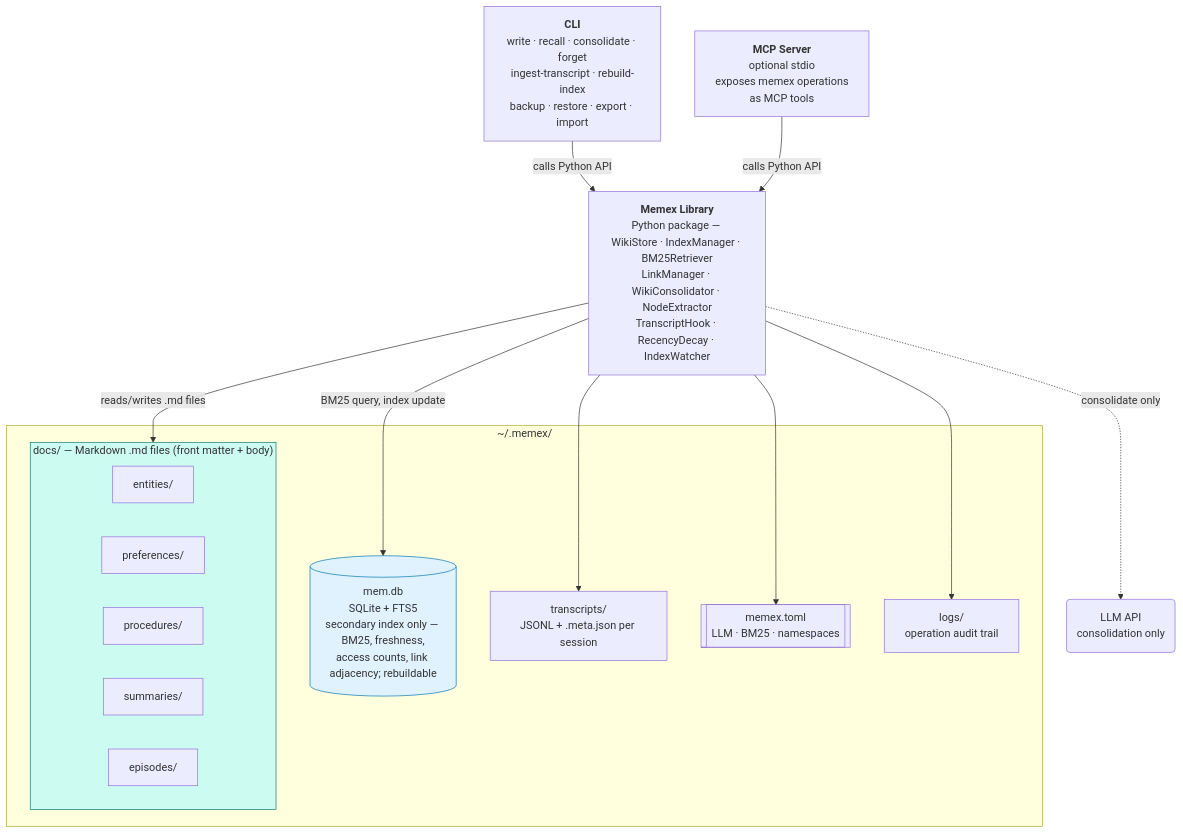
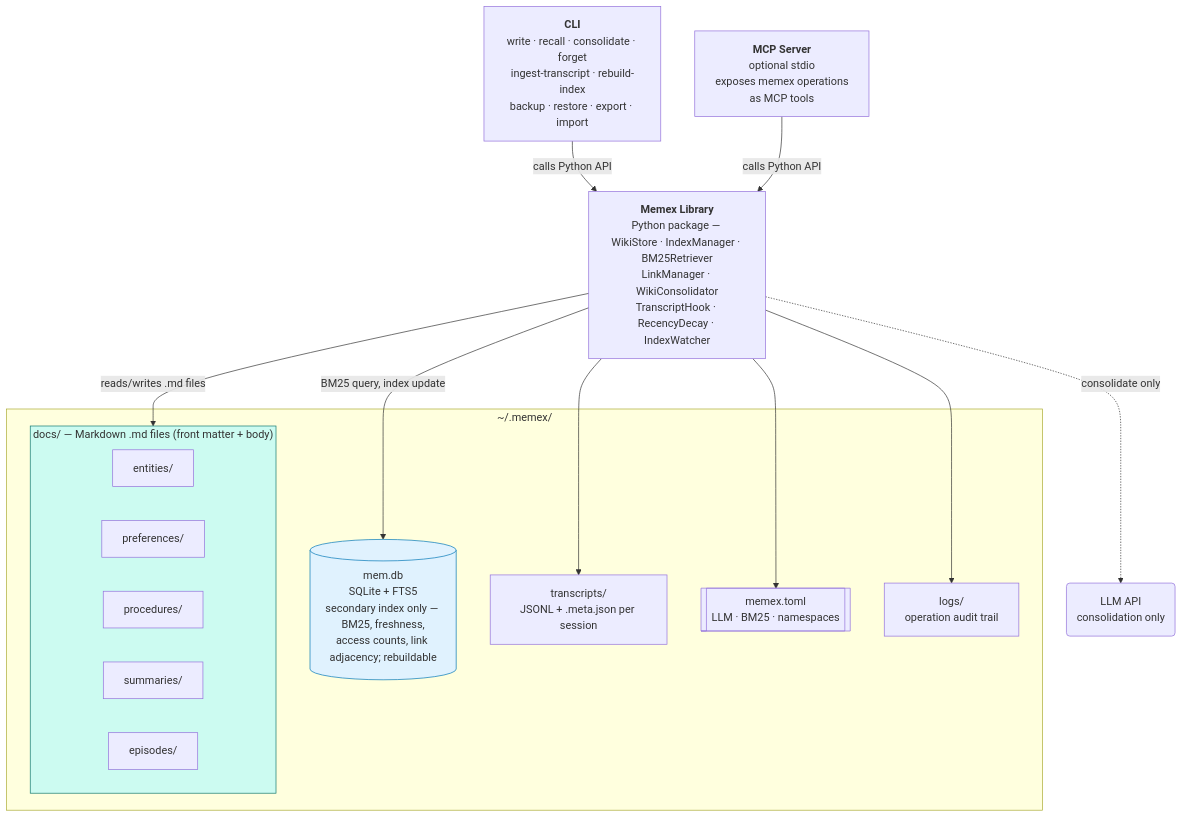
One commit to agent-memory-atlas-archive/phanijapps--memex changed the second of 4 diagrams in docs/gitpages/spec.md. Above: the diagram before and after it, drawn with Mermaid. The commit also changed other lines of this file and 99 other files, not shown here.

````diff
--- a/docs/gitpages/spec.md
+++ b/docs/gitpages/spec.md
@@ -162,36 +162,36 @@
 ```mermaid
 flowchart TB
-    lib["<b>Memex Library</b><br>Python package — WikiStore · IndexManager · BM25Retriever<br>LinkManager · WikiConsolidator · NodeExtractor<br>TranscriptHook · RecencyDecay · IndexWatcher"]
+    lib["<b>Memex Library</b><br>Python package — WikiStore · IndexManager · BM25Retriever<br>LinkManager · WikiConsolidator<br>TranscriptHook · RecencyDecay · IndexWatcher"]
     cli["<b>CLI</b><br>write · recall · consolidate · forget<br>ingest-transcript · rebuild-index<br>backup · restore · export · import"]
     mcp["<b>MCP Server</b><br>optional stdio<br>exposes memex operations<br>as MCP tools"]
 
     subgraph dir ["~/.memex/"]
         subgraph wiki ["docs/ — Markdown .md files (front matter + body)"]
             went["entities/"]
             wprefs["preferences/"]
             wprocs["procedures/"]
             wsum["summaries/"]
             wep["episodes/"]
         end
         db[("mem.db<br>SQLite + FTS5<br>secondary index only — BM25, freshness,<br>access counts, link adjacency; rebuildable")]
         tr["transcripts/<br>JSONL + .meta.json per session"]
         cfg[["memex.toml<br>LLM · BM25 · namespaces"]]
         logs["logs/<br>operation audit trail"]
     end
 
     llm("LLM API<br>consolidation only")
 
     lib -->|"reads/writes .md files"| wiki
     lib -->|"BM25 query, index update"| db
     lib --> tr
     lib --> cfg
     lib --> logs
     cli -->|"calls Python API"| lib
     mcp -->|"calls Python API"| lib
     lib -.->|"consolidate only"| llm
 
     classDef truth fill:#ccfbf1,stroke:#0f766e
     classDef index fill:#e0f2fe,stroke:#0077b6
     class wiki truth
     class db index
 ```
````
